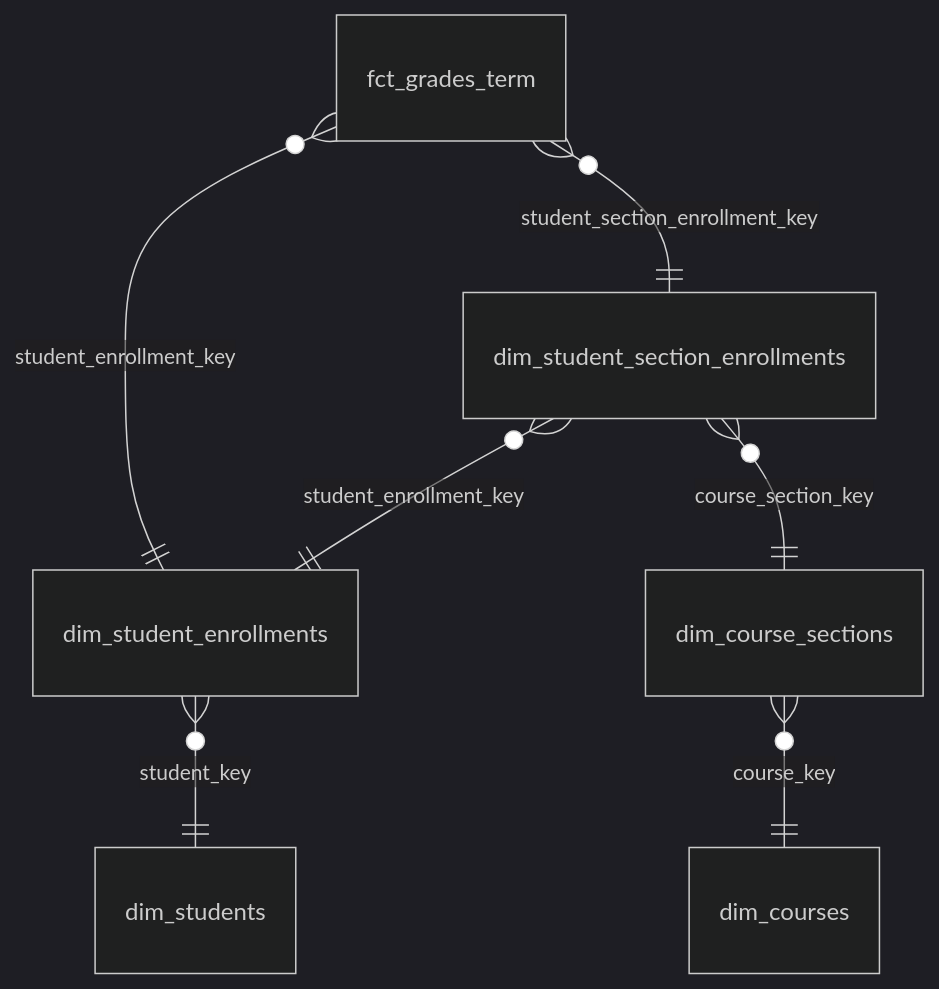
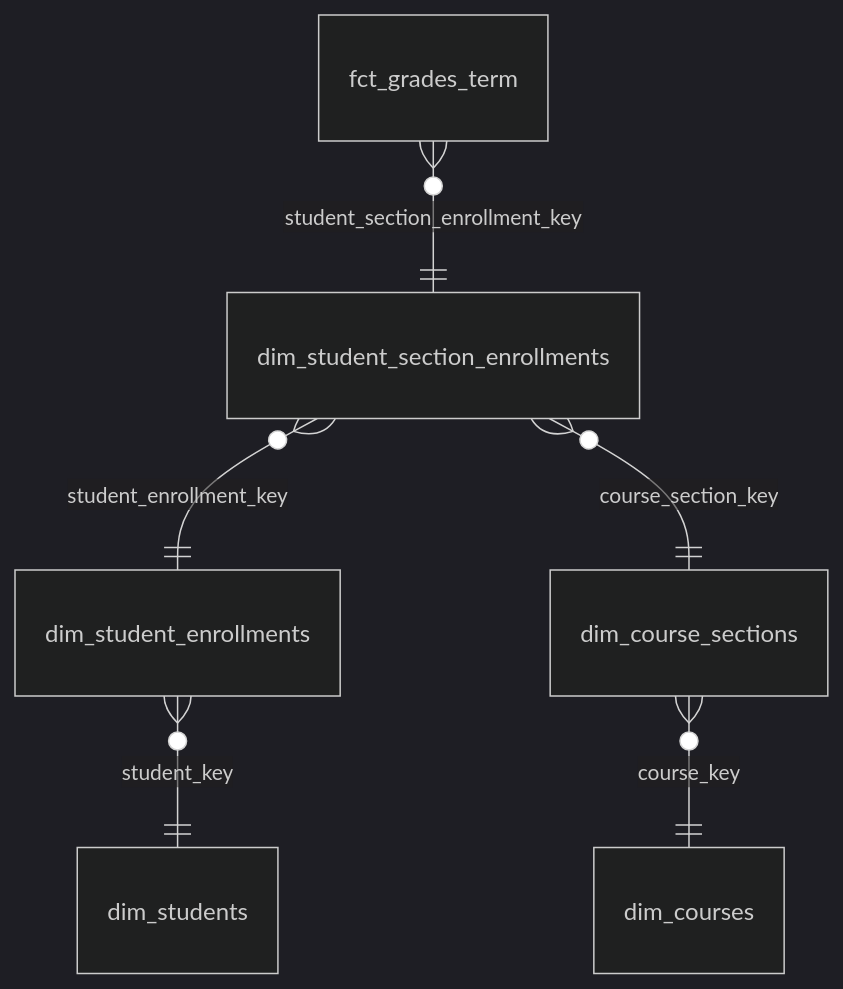
One commit to TEAMSchools/teamster changed the ninth of 24 diagrams in docs/reference/marts-data-models.md. Above: the diagram before and after it, drawn with Mermaid (dark theme). The commit also changed other lines of this file, not shown here.

````diff
--- a/docs/reference/marts-data-models.md
+++ b/docs/reference/marts-data-models.md
@@ -174,9 +170,8 @@
 ```mermaid
 erDiagram
   fct_grades_term }o--|| dim_student_section_enrollments : "student_section_enrollment_key"
-  fct_grades_term }o--|| dim_student_enrollments : "student_enrollment_key"
   dim_student_section_enrollments }o--|| dim_student_enrollments : "student_enrollment_key"
   dim_student_section_enrollments }o--|| dim_course_sections : "course_section_key"
   dim_student_enrollments }o--|| dim_students : "student_key"
   dim_course_sections }o--|| dim_courses : "course_key"
 ```
````
